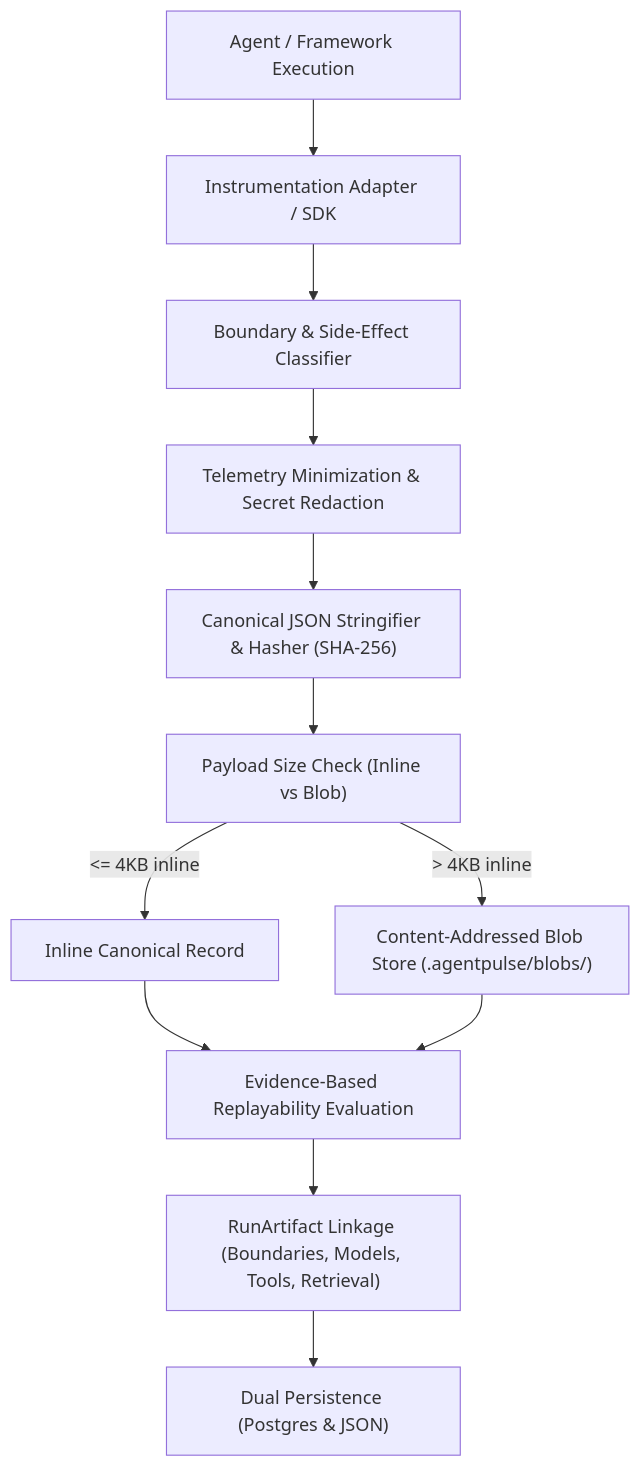
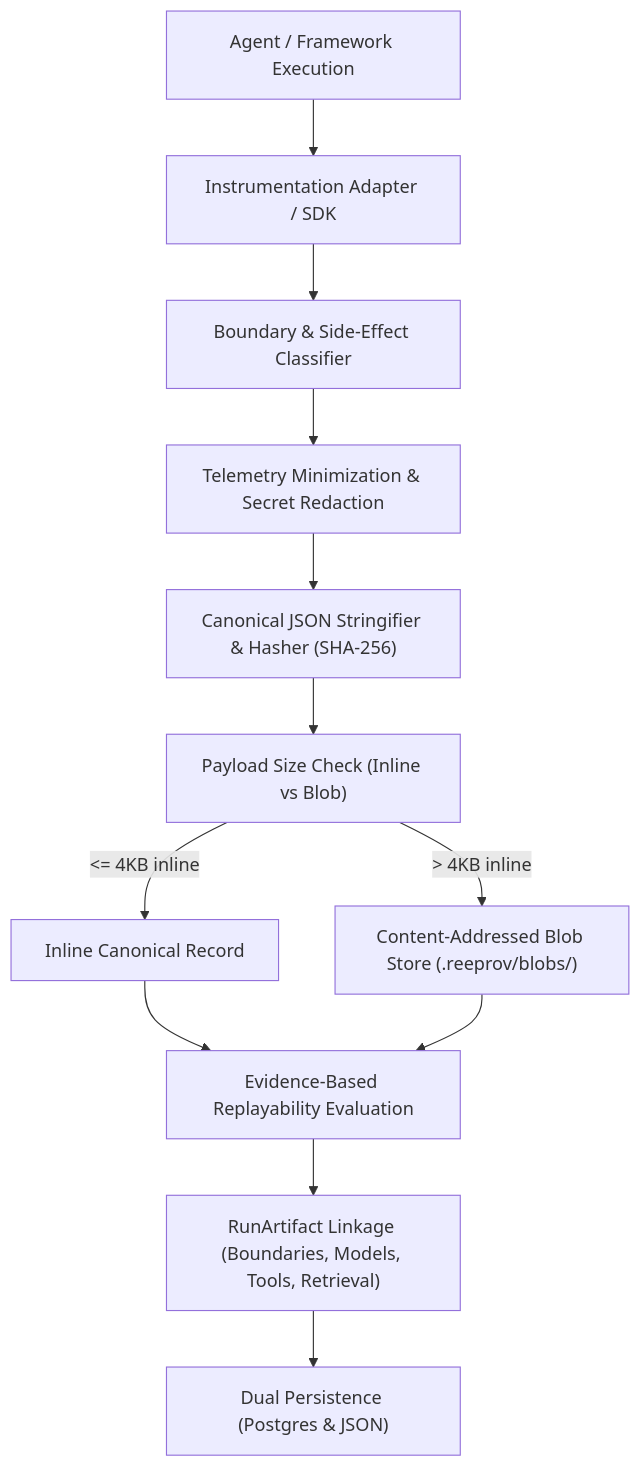
The second of 2 diagrams in docs/architecture/replay-grade-capture.md (RaulMermans/Reeprov), drawn with Mermaid before and after one commit. The commit also changed other lines of this file and 283 other files, not shown here.

````diff
--- a/docs/architecture/replay-grade-capture.md
+++ b/docs/architecture/replay-grade-capture.md
@@ -30,14 +30,14 @@
 ```mermaid
 flowchart TD
     Agent["Agent / Framework Execution"] --> Interceptor["Instrumentation Adapter / SDK"]
     Interceptor --> Classifier["Boundary & Side-Effect Classifier"]
     Classifier --> Sanitize["Telemetry Minimization & Secret Redaction"]
     Sanitize --> Hasher["Canonical JSON Stringifier & Hasher (SHA-256)"]
     Hasher --> Sizer["Payload Size Check (Inline vs Blob)"]
     Sizer -->|<= 4KB inline| Inline["Inline Canonical Record"]
-    Sizer -->|> 4KB inline| BlobStore["Content-Addressed Blob Store (.agentpulse/blobs/)"]
+    Sizer -->|> 4KB inline| BlobStore["Content-Addressed Blob Store (.reeprov/blobs/)"]
     Inline --> ReplayEval["Evidence-Based Replayability Evaluation"]
     BlobStore --> ReplayEval
     ReplayEval --> Linkage["RunArtifact Linkage (Boundaries, Models, Tools, Retrieval)"]
     Linkage --> Persistence["Dual Persistence (Postgres & JSON)"]
 ```
````
